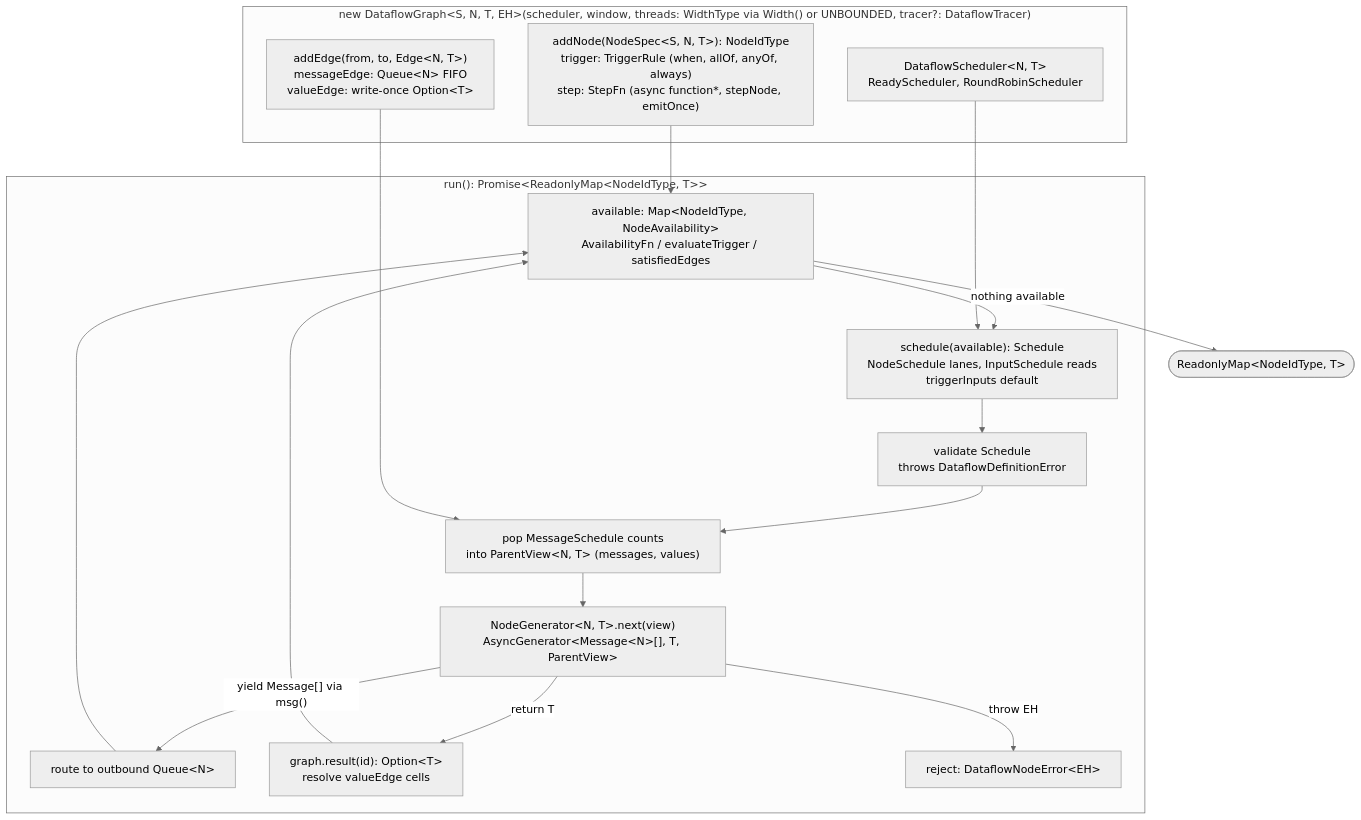
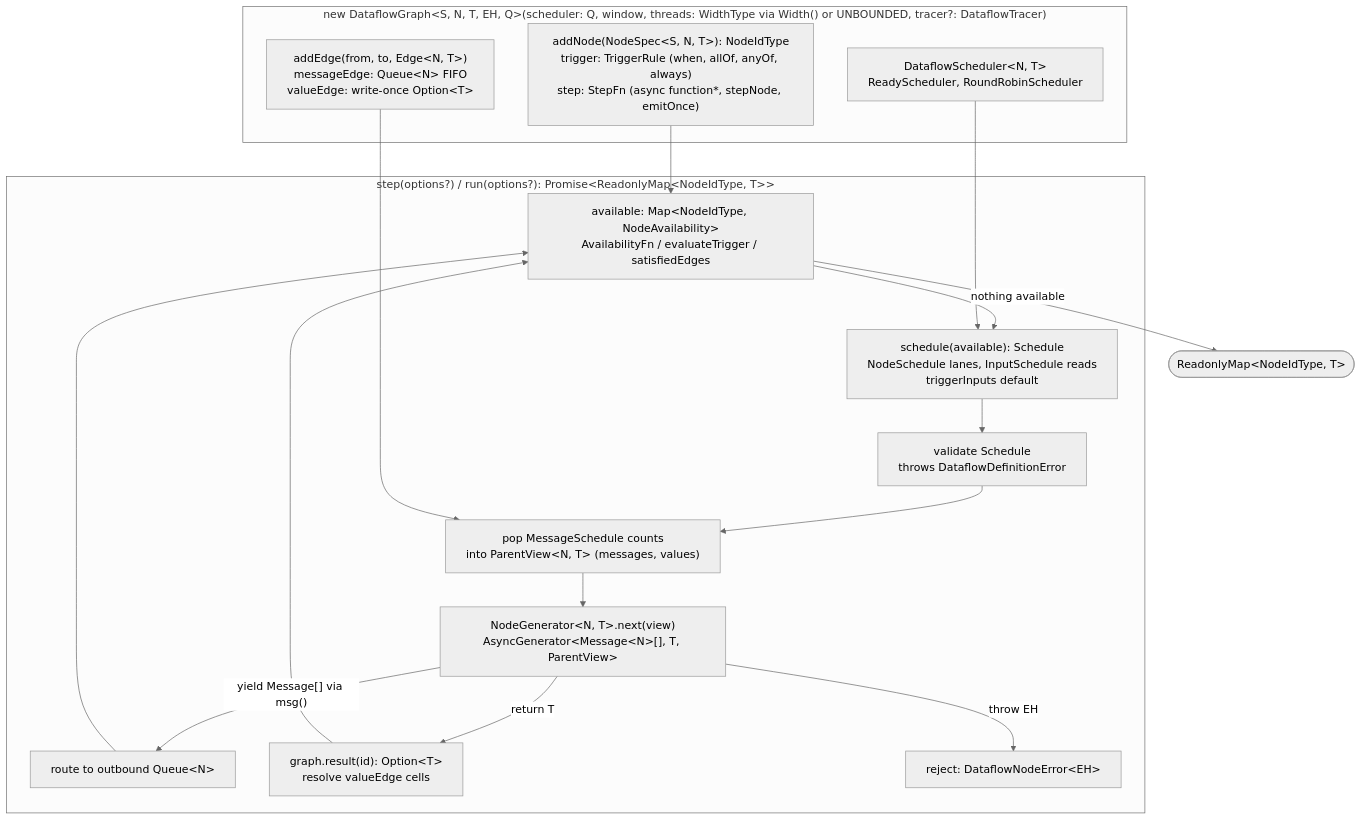
The diagram in README.md (microsoft/junco), drawn with Mermaid (neutral theme) before and after one commit. The commit also changed other lines of this file and 5 other files, not shown here.

Commit message:
feat: add resumable graph window scheduling

````diff
--- a/README.md
+++ b/README.md
@@ -9,24 +9,24 @@
 ```mermaid
 %%{init: {"flowchart": {"wrappingWidth": 360}}}%%
 flowchart TB
-  subgraph Definition["new DataflowGraph#lt;S, N, T, EH#gt;(scheduler, window, threads: WidthType via Width() or UNBOUNDED, tracer?: DataflowTracer)"]
+  subgraph Definition["new DataflowGraph#lt;S, N, T, EH, Q#gt;(scheduler: Q, window, threads: WidthType via Width() or UNBOUNDED, tracer?: DataflowTracer)"]
     N["addNode(NodeSpec#lt;S, N, T#gt;): NodeIdType<br/>trigger: TriggerRule (when, allOf, anyOf, always)<br/>step: StepFn (async function*, stepNode, emitOnce)"]
     E["addEdge(from, to, Edge#lt;N, T#gt;)<br/>messageEdge: Queue#lt;N#gt; FIFO<br/>valueEdge: write-once Option#lt;T#gt;"]
     S["DataflowScheduler#lt;N, T#gt;<br/>ReadyScheduler, RoundRobinScheduler"]
   end
-  subgraph Run["run(): Promise#lt;ReadonlyMap#lt;NodeIdType, T#gt;#gt;"]
+  subgraph Run["step(options?) / run(options?): Promise#lt;ReadonlyMap#lt;NodeIdType, T#gt;#gt;"]
     A["available: Map#lt;NodeIdType, NodeAvailability#gt;<br/>AvailabilityFn / evaluateTrigger / satisfiedEdges"] --> P["schedule(available): Schedule<br/>NodeSchedule lanes, InputSchedule reads<br/>triggerInputs default"]
     P --> K["validate Schedule<br/>throws DataflowDefinitionError"]
     K --> X["pop MessageSchedule counts<br/>into ParentView#lt;N, T#gt; (messages, values)"]
     X --> G["NodeGenerator#lt;N, T#gt;.next(view)<br/>AsyncGenerator#lt;Message#lt;N#gt;[], T, ParentView#gt;"]
     G -- "yield Message[] via msg()" --> Q["route to outbound Queue#lt;N#gt;"]
     G -- "return T" --> R["graph.result(id): Option#lt;T#gt;<br/>resolve valueEdge cells"]
     G -- "throw EH" --> F["reject: DataflowNodeError#lt;EH#gt;"]
     Q --> A
     R --> A
   end
   N --> A
   E --> X
   S --> P
   A -- "nothing available" --> Z(["ReadonlyMap#lt;NodeIdType, T#gt;"])
 ```
````
